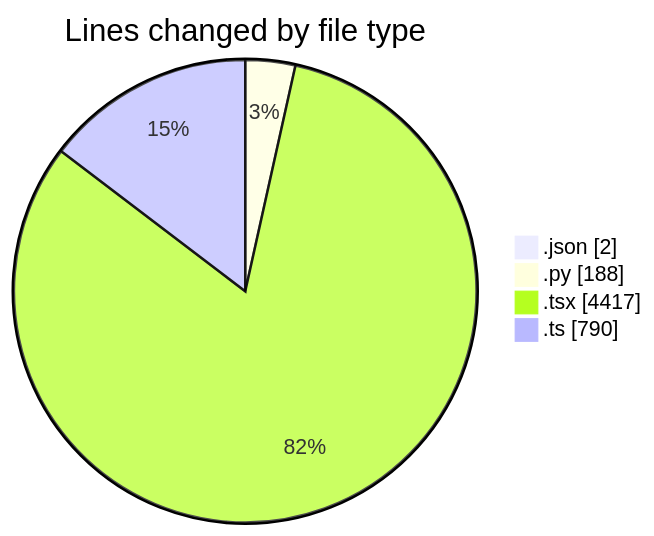
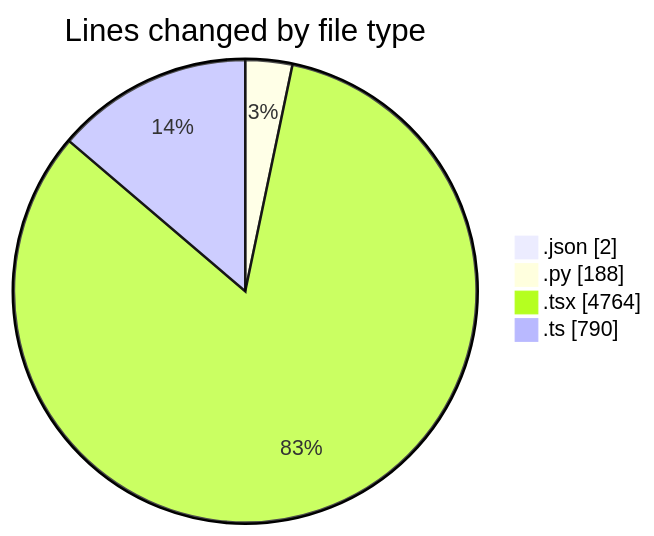
The first of 2 diagrams in 2025-10-06/eventscop-frontend-guide__workspace_/README.md (julien-gomy/code-tracking), drawn with Mermaid before and after one commit. The commit also changed other lines of this file and 1 other file, not shown here.

````diff
--- a/2025-10-06/eventscop-frontend-guide__workspace_/README.md
+++ b/2025-10-06/eventscop-frontend-guide__workspace_/README.md
@@ -53,8 +54,8 @@
 ```mermaid
 pie showData
 title Lines changed by file type
 ".json" : 2
 ".py" : 188
-".tsx" : 4417
+".tsx" : 4764
 ".ts" : 790
 ```
````
